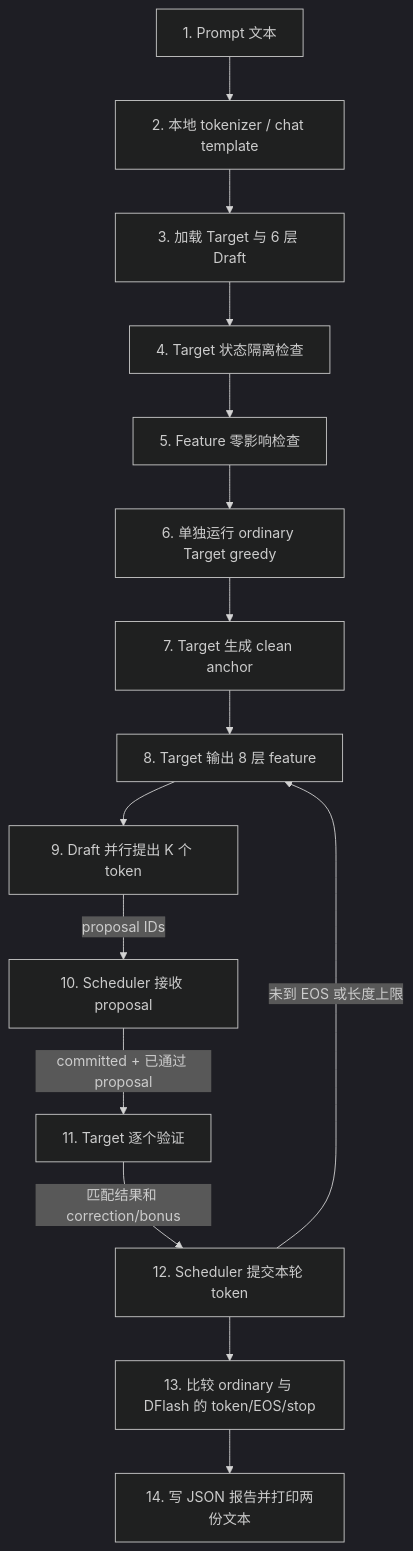
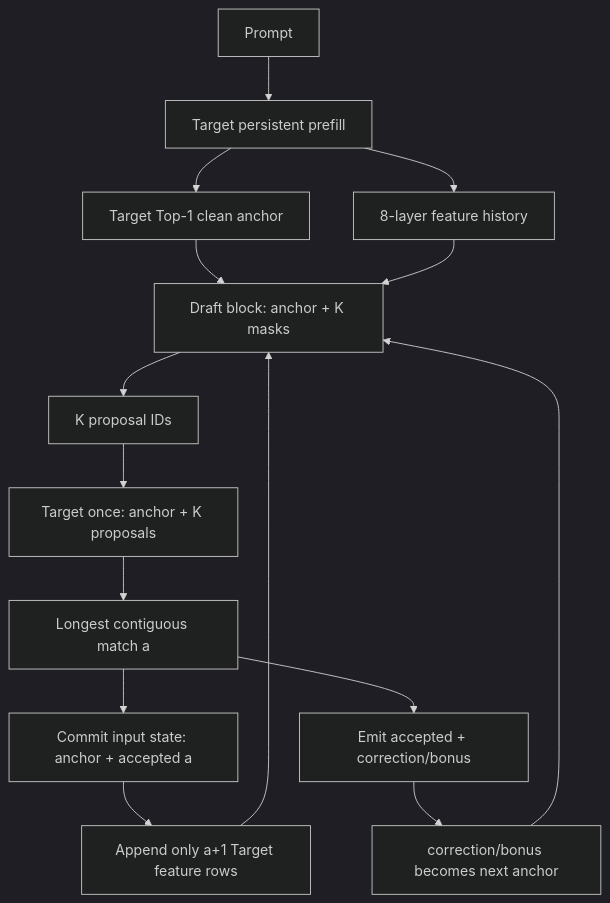
Before and after one commit to day8reak/qwen3.5-4B-dflash: the diagram in docs/DFLASH_V1_ARCHITECTURE.md, drawn with Mermaid (dark theme). The commit also changed other lines of this file and 22 other files, not shown here.

````diff
--- a/docs/DFLASH_V1_ARCHITECTURE.md
+++ b/docs/DFLASH_V1_ARCHITECTURE.md
@@ -34,17 +22,17 @@
 ```mermaid
 flowchart TD
-    P[1. Prompt 文本] --> T[2. 本地 tokenizer / chat template]
-    T --> L[3. 加载 Target 与 6 层 Draft]
-    L --> G1[4. Target 状态隔离检查]
-    G1 --> G2[5. Feature 零影响检查]
-    G2 --> O[6. 单独运行 ordinary Target greedy]
-    O --> B[7. Target 生成 clean anchor]
-    B --> F[8. Target 输出 8 层 feature]
-    F --> D[9. Draft 并行提出 K 个 token]
-    D -->|proposal IDs| S[10. Scheduler 接收 proposal]
-    S -->|committed + 已通过 proposal| V[11. Target 逐个验证]
-    V -->|匹配结果和 correction/bonus| C[12. Scheduler 提交本轮 token]
-    C -->|未到 EOS 或长度上限| F
-    C --> X[13. 比较 ordinary 与 DFlash 的 token/EOS/stop]
-    X --> R[14. 写 JSON 报告并打印两份文本]
+    P[Prompt] --> B[Target persistent prefill]
+    B --> A[Target Top-1 clean anchor]
+    B --> F[8-layer feature history]
+    A --> D[Draft block: anchor + K masks]
+    F --> D
+    D --> Q[K proposal IDs]
+    Q --> V[Target once: anchor + K proposals]
+    V --> M[Longest contiguous match a]
+    M --> C[Commit input state: anchor + accepted a]
+    M --> E[Emit accepted + correction/bonus]
+    C --> F2[Append only a+1 Target feature rows]
+    E --> N[correction/bonus becomes next anchor]
+    F2 --> D
+    N --> D
 ```
````
